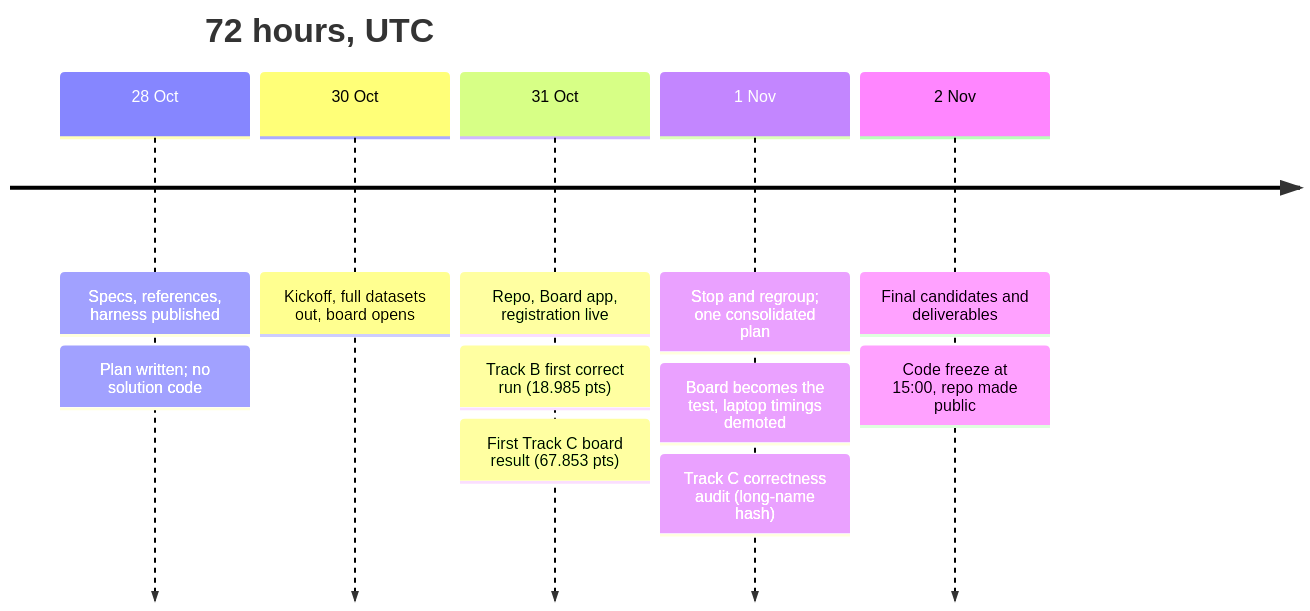
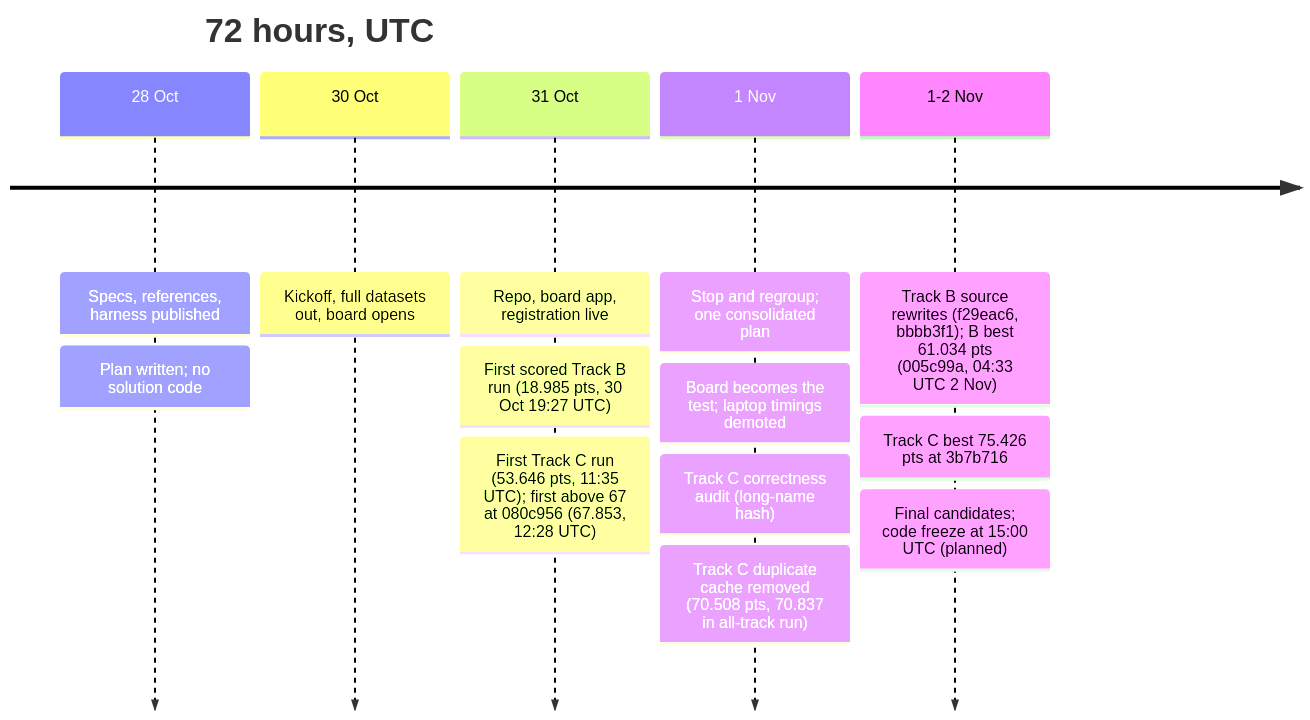
The eighth of 8 diagrams in README.md (Dev-Am12/speed-demon-ganondorf), drawn with Mermaid before and after one commit. The commit also changed other lines of this file and 7 other files, not shown here.

````diff
--- a/README.md
+++ b/README.md
@@ -326,15 +339,17 @@
 ```mermaid
 timeline
     title 72 hours, UTC
     28 Oct : Specs, references, harness published
            : Plan written; no solution code
     30 Oct : Kickoff, full datasets out, board opens
-    31 Oct : Repo, Board app, registration live
-           : Track B first correct run (18.985 pts)
-           : First Track C board result (67.853 pts)
+    31 Oct : Repo, board app, registration live
+           : First scored Track B run (18.985 pts, 30 Oct 19:27 UTC)
+           : First Track C run (53.646 pts, 11:35 UTC); first above 67 at 080c956 (67.853, 12:28 UTC)
     1 Nov  : Stop and regroup; one consolidated plan
-           : Board becomes the test, laptop timings demoted
+           : Board becomes the test; laptop timings demoted
            : Track C correctness audit (long-name hash)
-    2 Nov  : Final candidates and deliverables
-           : Code freeze at 15:00, repo made public
+           : Track C duplicate cache removed (70.508 pts, 70.837 in all-track run)
+    1-2 Nov : Track B source rewrites (f29eac6, bbbb3f1); B best 61.034 pts (005c99a, 04:33 UTC 2 Nov)
+           : Track C best 75.426 pts at 3b7b716
+           : Final candidates; code freeze at 15:00 UTC (planned)
 ```
````
